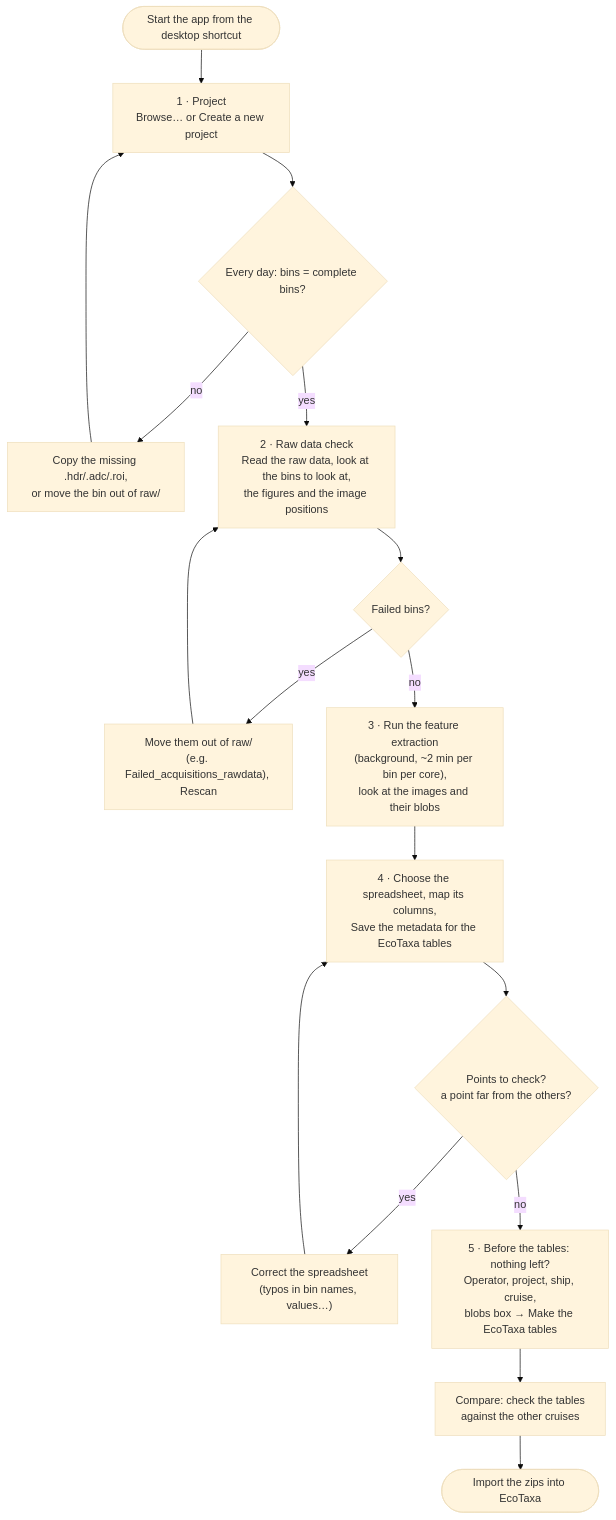
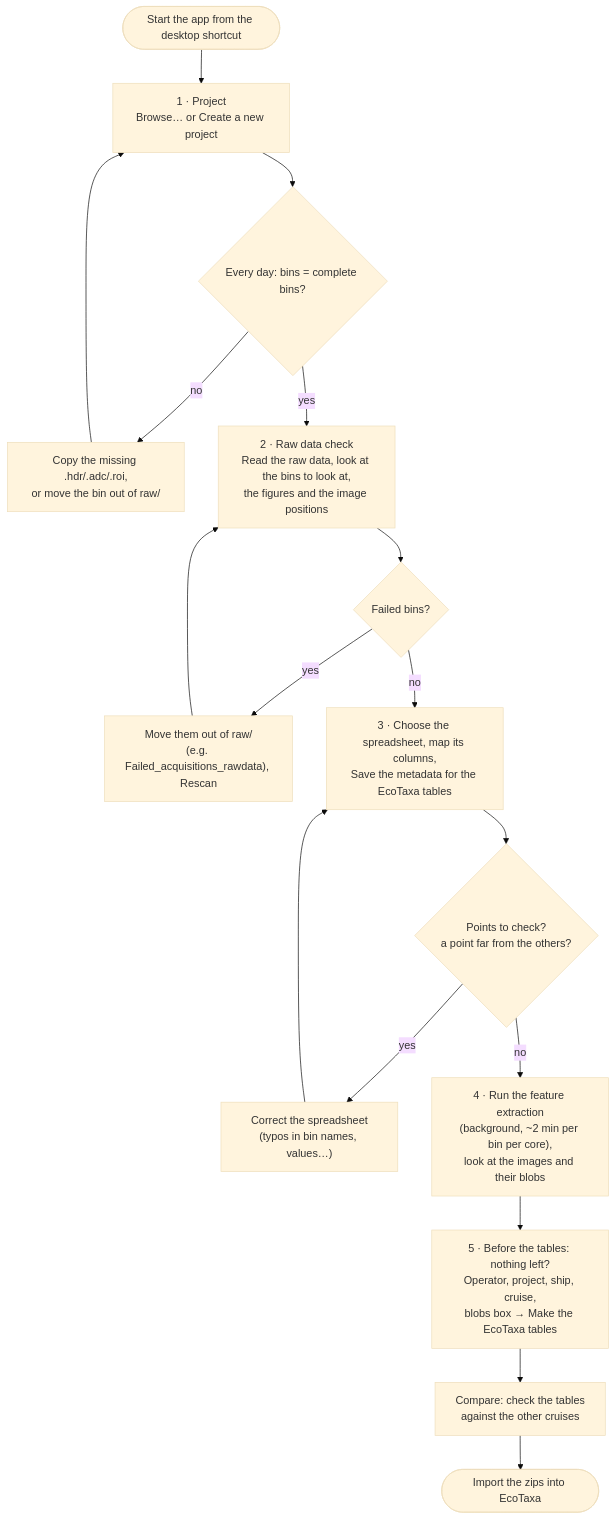
Before and after one commit to amandaelineau-stack/seastar: the second of 5 diagrams in docs/PROTOCOL.md, drawn with Mermaid (base theme). The commit also changed other lines of this file and 17 other files, not shown here.

````diff
--- a/docs/PROTOCOL.md
+++ b/docs/PROTOCOL.md
@@ -110,16 +110,16 @@
 ```mermaid
 flowchart TD
     A([Start the app from the desktop shortcut]) --> B["1 · Project<br/>Browse… or Create a new project"]
     B --> C{"Every day: bins = complete bins?"}
     C -->|no| C1["Copy the missing .hdr/.adc/.roi,<br/>or move the bin out of raw/"] --> B
     C -->|yes| R["2 · Raw data check<br/>Read the raw data, look at the bins to look at,<br/>the figures and the image positions"]
     R --> R1{"Failed bins?"}
     R1 -->|yes| R2["Move them out of raw/<br/>(e.g. Failed_acquisitions_rawdata), Rescan"] --> R
-    R1 -->|no| D["3 · Run the feature extraction<br/>(background, ~2 min per bin per core),<br/>look at the images and their blobs"]
-    D --> E["4 · Choose the spreadsheet, map its columns,<br/>Save the metadata for the EcoTaxa tables"]
+    R1 -->|no| E["3 · Choose the spreadsheet, map its columns,<br/>Save the metadata for the EcoTaxa tables"]
     E --> F{"Points to check?<br/>a point far from the others?"}
     F -->|yes| F1["Correct the spreadsheet<br/>(typos in bin names, values…)"] --> E
-    F -->|no| I["5 · Before the tables: nothing left?<br/>Operator, project, ship, cruise,<br/>blobs box → Make the EcoTaxa tables"]
+    F -->|no| D["4 · Run the feature extraction<br/>(background, ~2 min per bin per core),<br/>look at the images and their blobs"]
+    D --> I["5 · Before the tables: nothing left?<br/>Operator, project, ship, cruise,<br/>blobs box → Make the EcoTaxa tables"]
     I --> J["Compare: check the tables<br/>against the other cruises"]
     J --> K([Import the zips into EcoTaxa])
 ```
````
